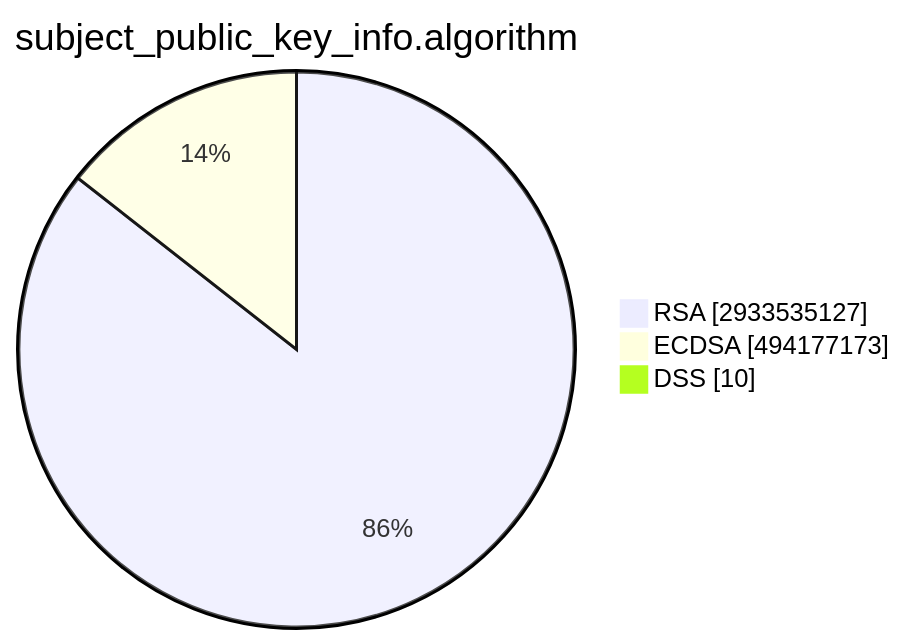
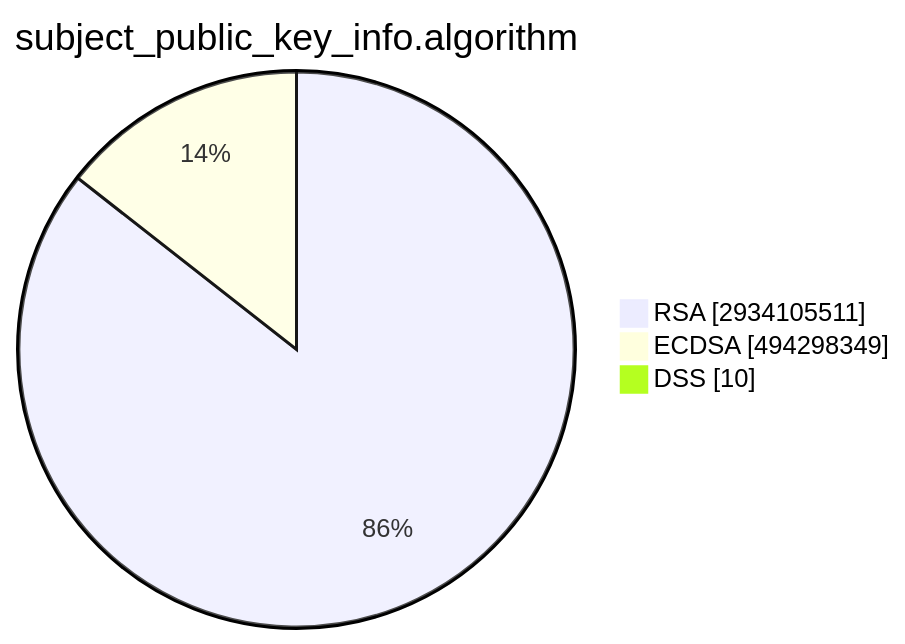
One commit to christiankrug/ctmonitor_visualization changed the second of 15 diagrams in TOTAL/README.md. Above: the diagram before and after it, drawn with Mermaid. The commit also changed other lines of this file, not shown here.

````diff
--- a/TOTAL/README.md
+++ b/TOTAL/README.md
@@ -6,7 +6,7 @@
 ```mermaid
 pie showData
 title subject_public_key_info.algorithm
-"RSA" :2933535127
-"ECDSA" :494177173
+"RSA" :2934105511
+"ECDSA" :494298349
 "DSS" :10
 ```
````
